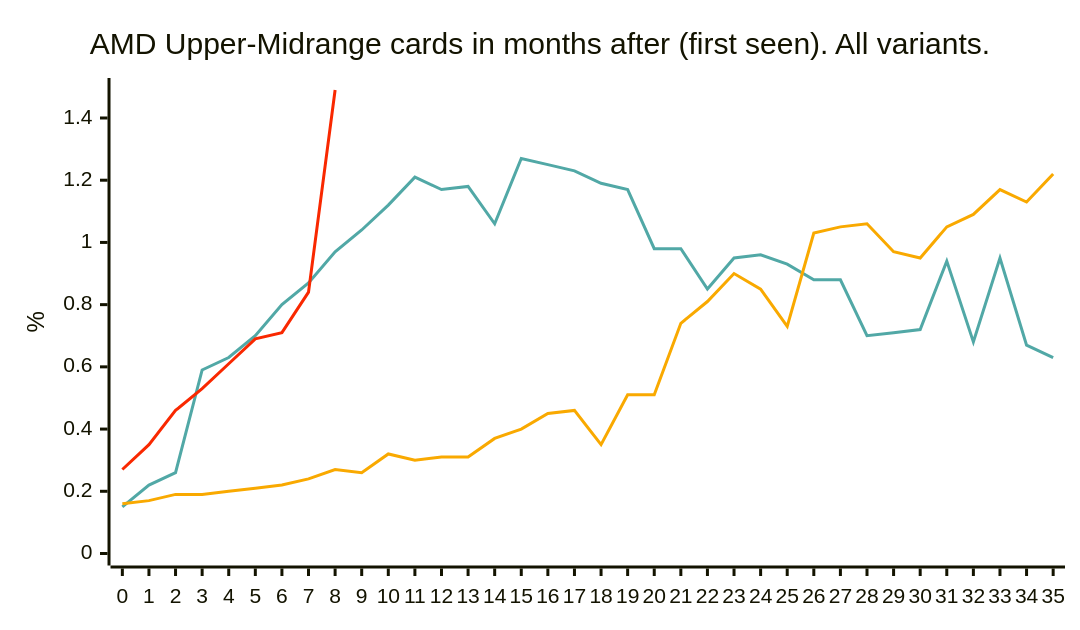
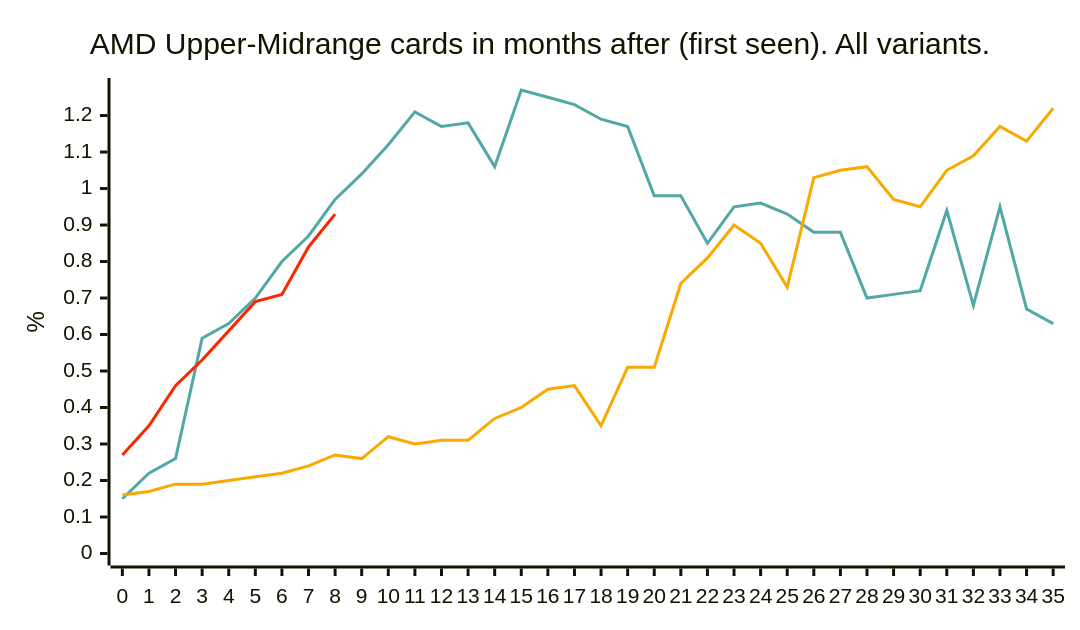
One commit to jdegene/steamHWsurvey changed the seventh of 29 diagrams in README.md. Above: the diagram before and after it, drawn with Mermaid. The commit also changed other lines of this file and 2 other files, not shown here.

````diff
--- a/README.md
+++ b/README.md
@@ -241,23 +241,23 @@
 ```mermaid
 ---
 config:
     xyChart:
         width: 700
         height: 400
         
     themeVariables:
         xyChart:
             plotColorPalette: "#51a8a6,#f9a900,#f92800,#d92080,#8a52a6"
 
 --- 
 
 
 xychart-beta
     title "AMD Upper-Midrange cards in months after (first seen). All variants."
     x-axis[0, 1, 2, 3, 4, 5, 6, 7, 8, 9, 10, 11, 12, 13, 14, 15, 16, 17, 18, 19, 20, 21, 22, 23, 24, 25, 26, 27, 28, 29, 30, 31, 32, 33, 34, 35]
     y-axis "%" 
     line [0.15, 0.22, 0.26, 0.5900000000000001, 0.63, 0.7000000000000001, 0.8, 0.8699999999999999, 0.97, 1.04, 1.1199999999999999, 1.21, 1.17, 1.18, 1.06, 1.27, 1.25, 1.23, 1.1900000000000002, 1.17, 0.98, 0.98, 0.8500000000000001, 0.95, 0.9600000000000001, 0.93, 0.88, 0.88, 0.7000000000000001, 0.7100000000000001, 0.72, 0.9400000000000001, 0.6799999999999999, 0.9500000000000002, 0.67, 0.63]
     line [0.16, 0.16999999999999998, 0.19, 0.19, 0.2, 0.21, 0.22, 0.24, 0.27, 0.26, 0.32, 0.3, 0.31, 0.31, 0.37, 0.4, 0.44999999999999996, 0.45999999999999996, 0.35000000000000003, 0.51, 0.51, 0.74, 0.8099999999999999, 0.8999999999999999, 0.8500000000000001, 0.7299999999999999, 1.03, 1.05, 1.06, 0.97, 0.95, 1.05, 1.09, 1.17, 1.1300000000000001, 1.22]
-    line [0.27, 0.35000000000000003, 0.45999999999999996, 0.53, 0.61, 0.69, 0.7100000000000001, 0.84, 1.49]
+    line [0.27, 0.35000000000000003, 0.45999999999999996, 0.53, 0.61, 0.69, 0.7100000000000001, 0.84, 0.9299999999999999]
     line [0]
 ``` 
````
